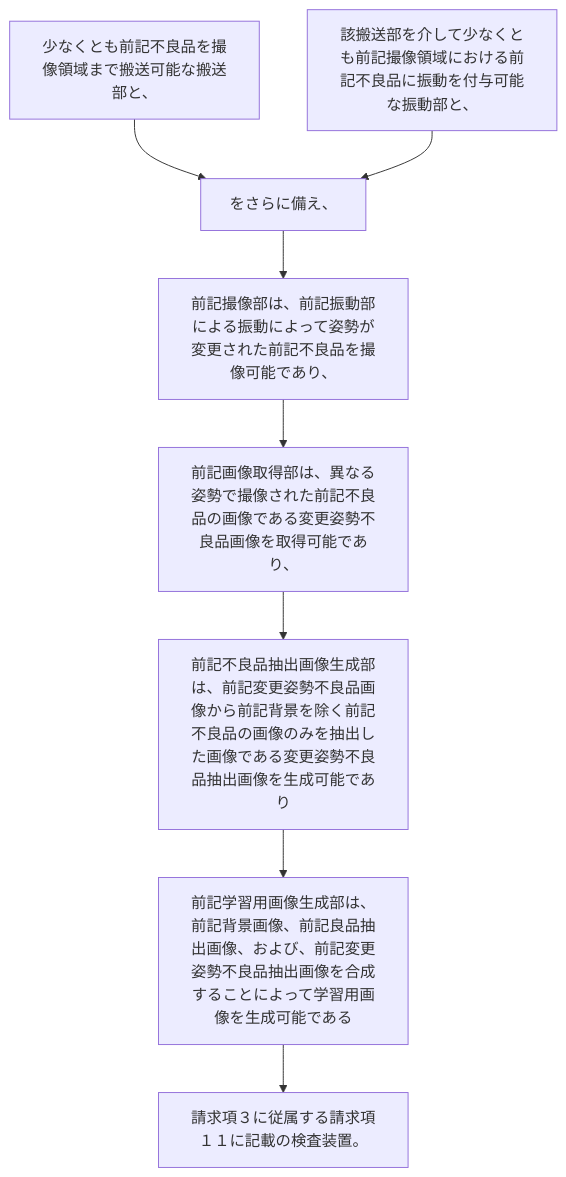
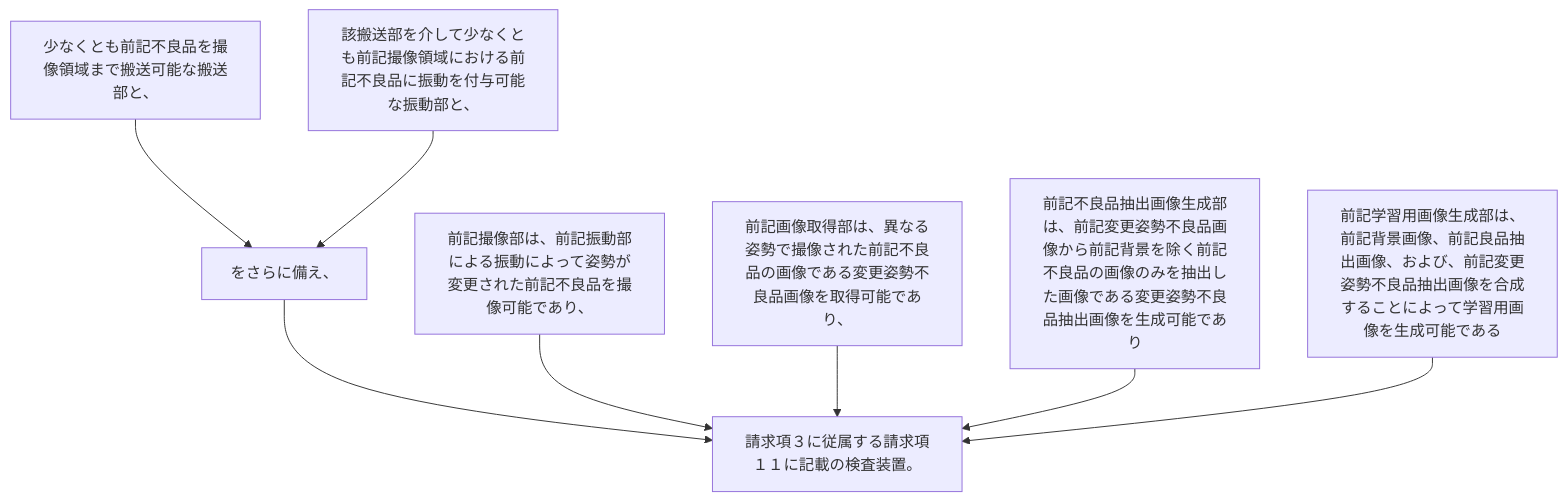
Before and after one commit to shinmori55/patent_analyzed: the diagram in 2024/JP2024000284A/claim_13/claim_13_graph.md, drawn with Mermaid. The commit also changed 15 other files, not shown here.

````diff
--- a/2024/JP2024000284A/claim_13/claim_13_graph.md
+++ b/2024/JP2024000284A/claim_13/claim_13_graph.md
@@ -1,18 +1,18 @@
 ```mermaid
 flowchart TD
 A[少なくとも前記不良品を撮像領域まで搬送可能な搬送部と、]
 B[該搬送部を介して少なくとも前記撮像領域における前記不良品に振動を付与可能な振動部と、]
 C[をさらに備え、]
 D[前記撮像部は、前記振動部による振動によって姿勢が変更された前記不良品を撮像可能であり、]
 E[前記画像取得部は、異なる姿勢で撮像された前記不良品の画像である変更姿勢不良品画像を取得可能であり、]
 F[前記不良品抽出画像生成部は、前記変更姿勢不良品画像から前記背景を除く前記不良品の画像のみを抽出した画像である変更姿勢不良品抽出画像を生成可能であり]
 G[前記学習用画像生成部は、前記背景画像、前記良品抽出画像、および、前記変更姿勢不良品抽出画像を合成することによって学習用画像を生成可能である]
 H[請求項３に従属する請求項１１に記載の検査装置。]
 A --> C
 B --> C
-C --> D
-D --> E
-E --> F
-F --> G
+C --> H
+D --> H
+E --> H
+F --> H
 G --> H
 ```
````
